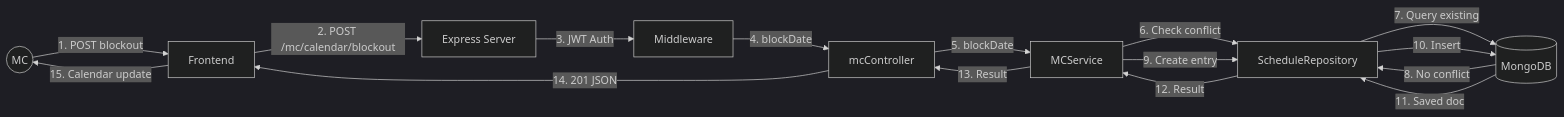
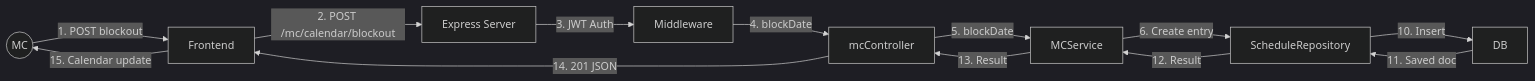
Before and after one commit to dat-21/SWD392: diagram 19 of 51 in UC_Diagrams_EN.md, drawn with Mermaid (dark theme). The commit also changed other lines of this file and 1 other file, not shown here.

Commit message:
docs: Refine UC diagrams and flows for media upload, schedule, and availability management, removing complex backend checks and notification dispatches.

````diff
--- a/UC_Diagrams_EN.md
+++ b/UC_Diagrams_EN.md
@@ -680,18 +684,15 @@
 ```mermaid
 flowchart LR
     MC((MC)) -->|1. POST blockout| FE[Frontend]
     FE -->|2. POST /mc/calendar/blockout| API[Express Server]
     API -->|3. JWT Auth| AUTH[Middleware]
     AUTH -->|4. blockDate| CTRL[mcController]
     CTRL -->|5. blockDate| SVC[MCService]
-    SVC -->|6. Check conflict| REPO[ScheduleRepository]
-    REPO -->|7. Query existing| DB[(MongoDB)]
-    DB -->|8. No conflict| REPO
-    SVC -->|9. Create entry| REPO
+    SVC -->|6. Create entry| REPO[ScheduleRepository]
     REPO -->|10. Insert| DB
     DB -->|11. Saved doc| REPO
     REPO -->|12. Result| SVC
     SVC -->|13. Result| CTRL
     CTRL -->|14. 201 JSON| FE
     FE -->|15. Calendar update| MC
 ```
````
